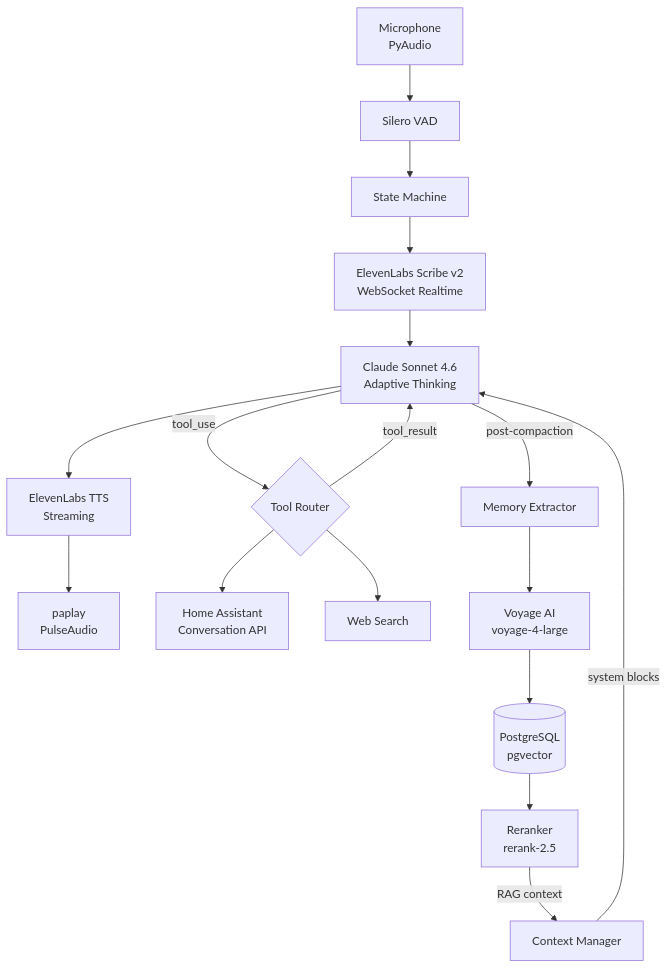
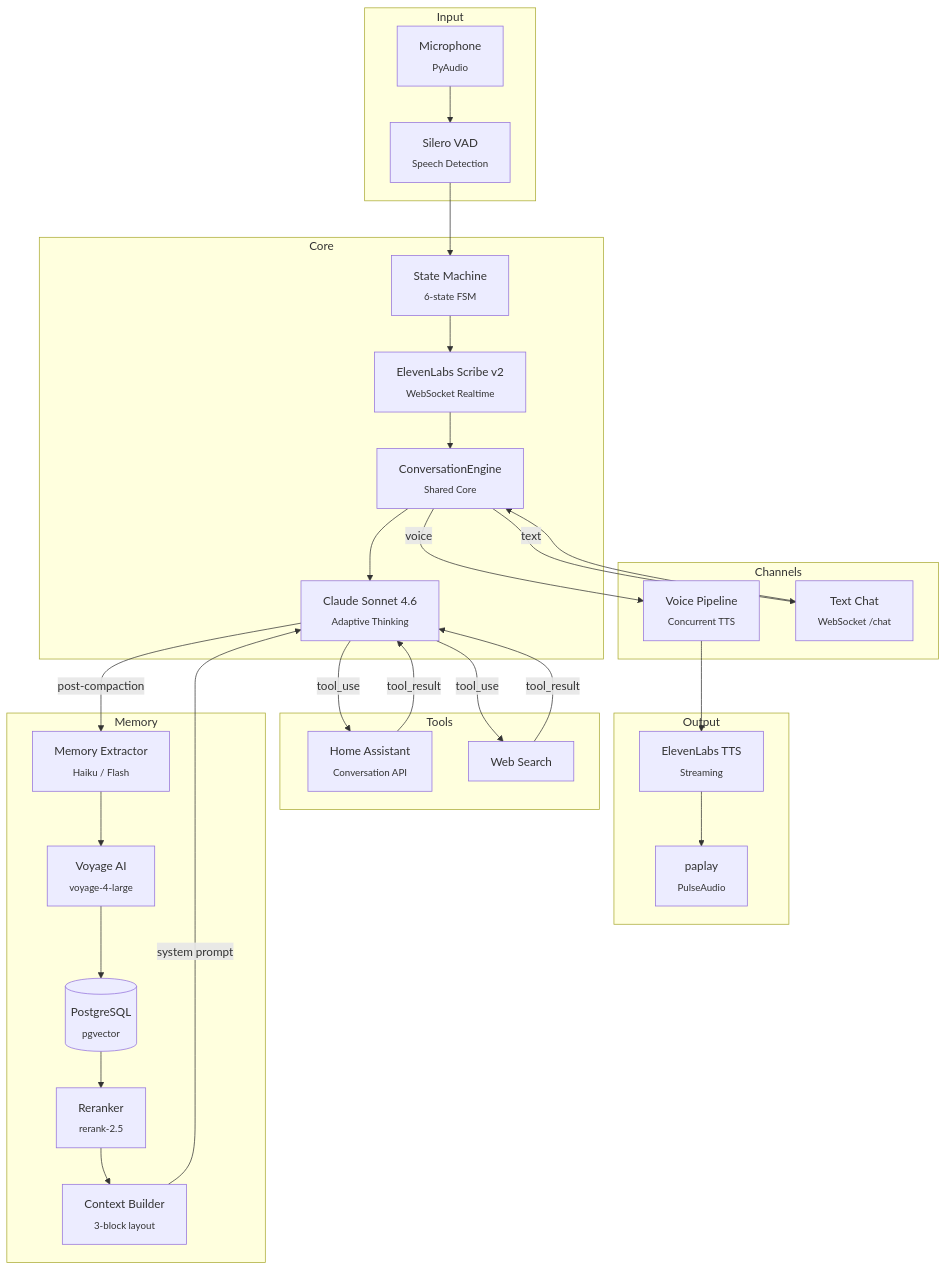
The first of 2 diagrams in README.md (NorthProt-Inc/prot), drawn with Mermaid before and after one commit. The commit also changed other lines of this file and 2 other files, not shown here.

First line of the commit message:
docs: update README, operation guide, and .env.example for engine and chat features

````diff
--- a/README.md
+++ b/README.md
@@ -24,20 +38,46 @@
 ```mermaid
 graph TD
-    MIC[Microphone<br/>PyAudio] --> VAD[Silero VAD]
-    VAD --> SM[State Machine]
-    SM --> STT[ElevenLabs Scribe v2<br/>WebSocket Realtime]
-    STT --> LLM[Claude Sonnet 4.6<br/>Adaptive Thinking]
-    LLM --> TTS[ElevenLabs TTS<br/>Streaming]
-    TTS --> PLAY[paplay<br/>PulseAudio]
+    subgraph Input
+        MIC["Microphone<br/><sub>PyAudio</sub>"]
+        VAD["Silero VAD<br/><sub>Speech Detection</sub>"]
+    end
 
-    LLM -->|tool_use| TOOLS{Tool Router}
-    TOOLS --> HASS[Home Assistant<br/>Conversation API]
-    TOOLS --> WEB[Web Search]
-    TOOLS -->|tool_result| LLM
+    subgraph Core
+        SM["State Machine<br/><sub>6-state FSM</sub>"]
+        ENGINE["ConversationEngine<br/><sub>Shared Core</sub>"]
+        STT["ElevenLabs Scribe v2<br/><sub>WebSocket Realtime</sub>"]
+        LLM["Claude Sonnet 4.6<br/><sub>Adaptive Thinking</sub>"]
+    end
 
-    LLM -->|post-compaction| MEM[Memory Extractor]
-    MEM --> EMB[Voyage AI<br/>voyage-4-large]
-    EMB --> DB[(PostgreSQL<br/>pgvector)]
-    DB --> RERANK[Reranker<br/>rerank-2.5] -->|RAG context| CTX[Context Manager]
-    CTX -->|system blocks| LLM
+    subgraph Channels
+        VOICE["Voice Pipeline<br/><sub>Concurrent TTS</sub>"]
+        CHAT["Text Chat<br/><sub>WebSocket /chat</sub>"]
+    end
+
+    subgraph Output
+        TTS["ElevenLabs TTS<br/><sub>Streaming</sub>"]
+        PLAY["paplay<br/><sub>PulseAudio</sub>"]
+    end
+
+    subgraph Tools
+        HASS["Home Assistant<br/><sub>Conversation API</sub>"]
+        WEB["Web Search"]
+    end
+
+    subgraph Memory
+        MEM["Memory Extractor<br/><sub>Haiku / Flash</sub>"]
+        EMB["Voyage AI<br/><sub>voyage-4-large</sub>"]
+        DB[("PostgreSQL<br/><sub>pgvector</sub>")]
+        RERANK["Reranker<br/><sub>rerank-2.5</sub>"]
+        CTX["Context Builder<br/><sub>3-block layout</sub>"]
+    end
+
+    MIC --> VAD --> SM --> STT --> ENGINE
+    CHAT --> ENGINE
+    ENGINE --> LLM
+    ENGINE -->|voice| VOICE --> TTS --> PLAY
+    ENGINE -->|text| CHAT
+    LLM -->|tool_use| HASS & WEB -->|tool_result| LLM
+    LLM -->|post-compaction| MEM --> EMB --> DB
+    DB --> RERANK --> CTX -->|system prompt| LLM
 ```
````
